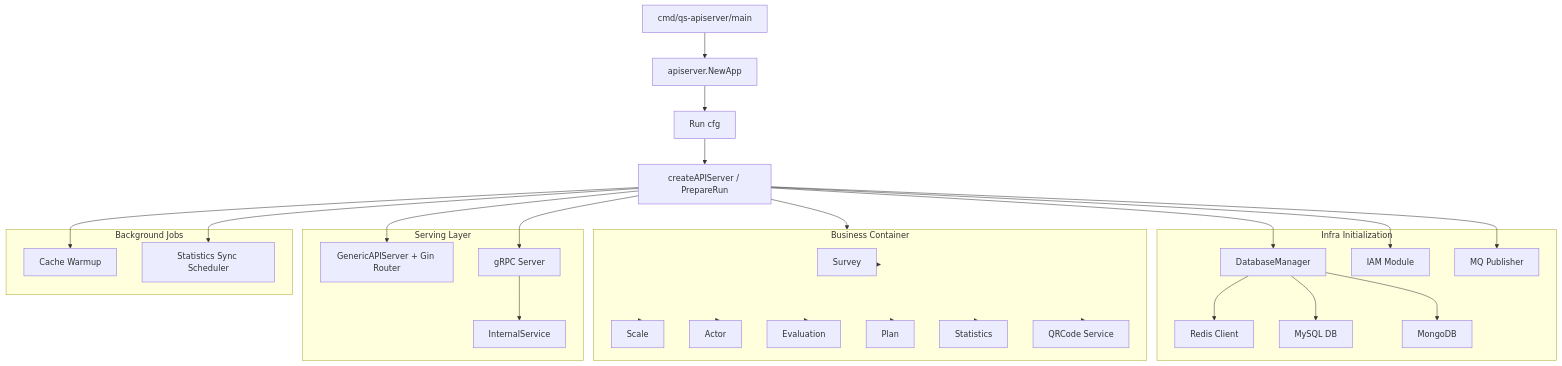
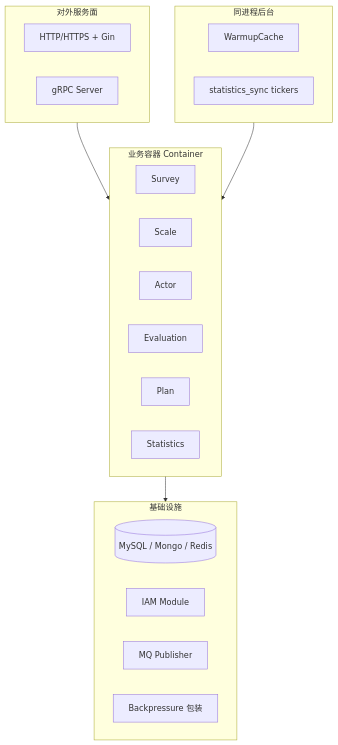
Before and after one commit to FangcunMount/qs-server: the first of 2 diagrams in docs/01-运行时/01-apiserver.md, drawn with Mermaid. The commit also changed other lines of this file and 34 other files, not shown here.

````diff
--- a/docs/01-运行时/01-apiserver.md
+++ b/docs/01-运行时/01-apiserver.md
@@ -21,61 +21,32 @@
 ```mermaid
 flowchart TD
-    main[cmd/qs-apiserver/main]
-    app[apiserver.NewApp]
-    run[Run cfg]
-    server[createAPIServer / PrepareRun]
+    subgraph serve[对外服务面]
+        http[HTTP/HTTPS + Gin]
+        grpc[gRPC Server]
+    end
 
-    subgraph infra[Infra Initialization]
-        db[DatabaseManager]
-        redis[Redis Client]
-        mysql[MySQL DB]
-        mongo[MongoDB]
+    subgraph mod[业务容器 Container]
+        S[Survey]
+        Sc[Scale]
+        A[Actor]
+        E[Evaluation]
+        P[Plan]
+        St[Statistics]
+    end
+
+    subgraph infra[基础设施]
+        db[(MySQL / Mongo / Redis)]
         iam[IAM Module]
         mq[MQ Publisher]
+        bp[Backpressure 包装]
     end
 
-    subgraph container[Business Container]
-        survey[Survey]
-        scale[Scale]
-        actor[Actor]
-        evaluation[Evaluation]
-        plan[Plan]
-        statistics[Statistics]
-        qrcode[QRCode Service]
+    subgraph bg[同进程后台]
+        wu[WarmupCache]
+        tick[statistics_sync tickers]
     end
 
-    subgraph serving[Serving Layer]
-        http[GenericAPIServer + Gin Router]
-        grpc[gRPC Server]
-        internalsvc[InternalService]
-    end
-
-    subgraph background[Background Jobs]
-        warmup[Cache Warmup]
-        sync[Statistics Sync Scheduler]
-    end
-
-    main --> app --> run --> server
-    server --> db
-    db --> mysql
-    db --> mongo
-    db --> redis
-    server --> iam
-    server --> mq
-    server --> container
-
-    container --> survey
-    container --> scale
-    container --> actor
-    container --> evaluation
-    container --> plan
-    container --> statistics
-    container --> qrcode
-
-    server --> http
-    server --> grpc
-    grpc --> internalsvc
-
-    server --> warmup
-    server --> sync
+    serve --> mod
+    mod --> infra
+    bg --> mod
 ```
````
